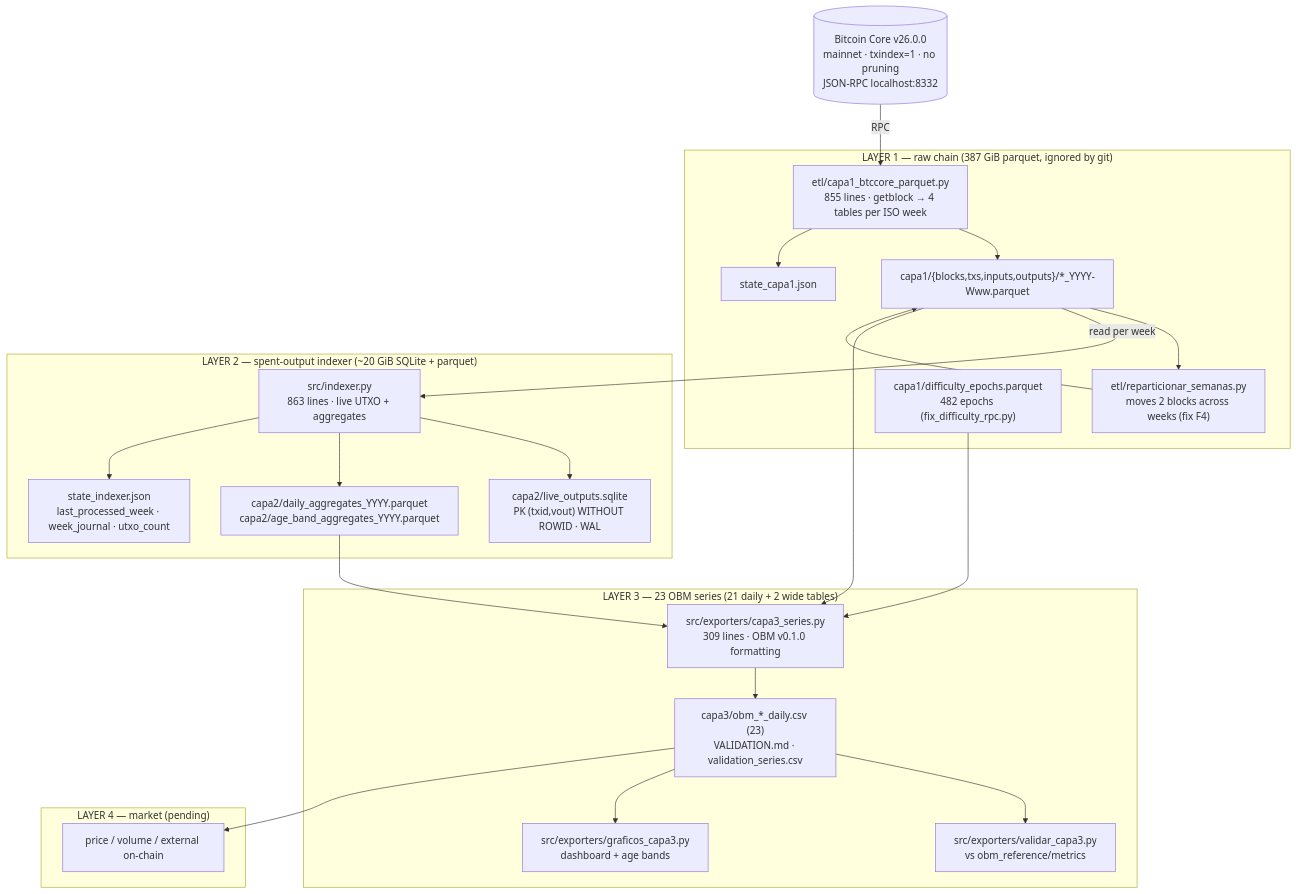
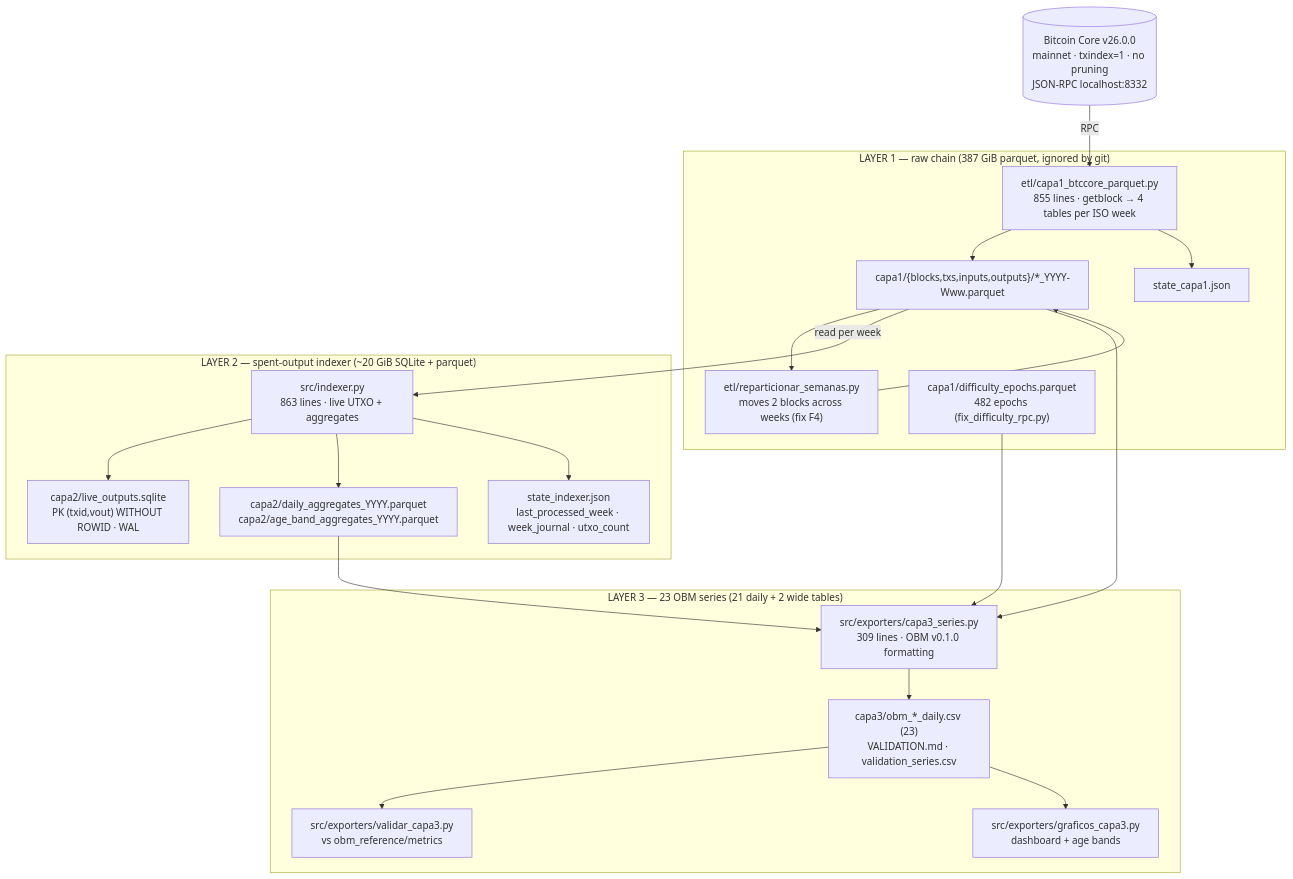
Before and after one commit to byron92m-stack/full_bitcoin_node: the diagram in docs/MAPA_CODIGO.md, drawn with Mermaid. The commit also changed other lines of this file and 7 other files, not shown here.

````diff
--- a/docs/MAPA_CODIGO.md
+++ b/docs/MAPA_CODIGO.md
@@ -10,46 +10,41 @@
 ```mermaid
 flowchart TD
     NODE[("Bitcoin Core v26.0.0<br/>mainnet · txindex=1 · no pruning<br/>JSON-RPC localhost:8332")]
 
     subgraph L1["LAYER 1 — raw chain (387 GiB parquet, ignored by git)"]
         ETL["etl/capa1_btccore_parquet.py<br/>855 lines · getblock → 4 tables per ISO week"]
         REPART["etl/reparticionar_semanas.py<br/>moves 2 blocks across weeks (fix F4)"]
         C1D["capa1/{blocks,txs,inputs,outputs}/*_YYYY-Www.parquet"]
         C1E["capa1/difficulty_epochs.parquet<br/>482 epochs (fix_difficulty_rpc.py)"]
         ST1["state_capa1.json"]
     end
 
     subgraph L2["LAYER 2 — spent-output indexer (~20 GiB SQLite + parquet)"]
         IDX["src/indexer.py<br/>863 lines · live UTXO + aggregates"]
         DB["capa2/live_outputs.sqlite<br/>PK (txid,vout) WITHOUT ROWID · WAL"]
         AGG["capa2/daily_aggregates_YYYY.parquet<br/>capa2/age_band_aggregates_YYYY.parquet"]
         ST2["state_indexer.json<br/>last_processed_week · week_journal · utxo_count"]
     end
 
     subgraph L3["LAYER 3 — 23 OBM series (21 daily + 2 wide tables)"]
         EXP["src/exporters/capa3_series.py<br/>309 lines · OBM v0.1.0 formatting"]
         VAL["src/exporters/validar_capa3.py<br/>vs obm_reference/metrics"]
         GRAF["src/exporters/graficos_capa3.py<br/>dashboard + age bands"]
         C3["capa3/obm_*_daily.csv (23)<br/>VALIDATION.md · validation_series.csv"]
     end
 
-    subgraph L4["LAYER 4 — market (pending)"]
-        MKT["price / volume / external on-chain"]
-    end
-
     NODE -->|RPC| ETL
     ETL --> C1D
     ETL --> ST1
     C1D --> REPART --> C1D
     C1D -->|"read per week"| IDX
     IDX --> DB
     IDX --> AGG
     IDX --> ST2
     C1D --> EXP
     AGG --> EXP
     C1E --> EXP
     EXP --> C3
     C3 --> VAL
     C3 --> GRAF
-    C3 --> MKT
 ```
````
